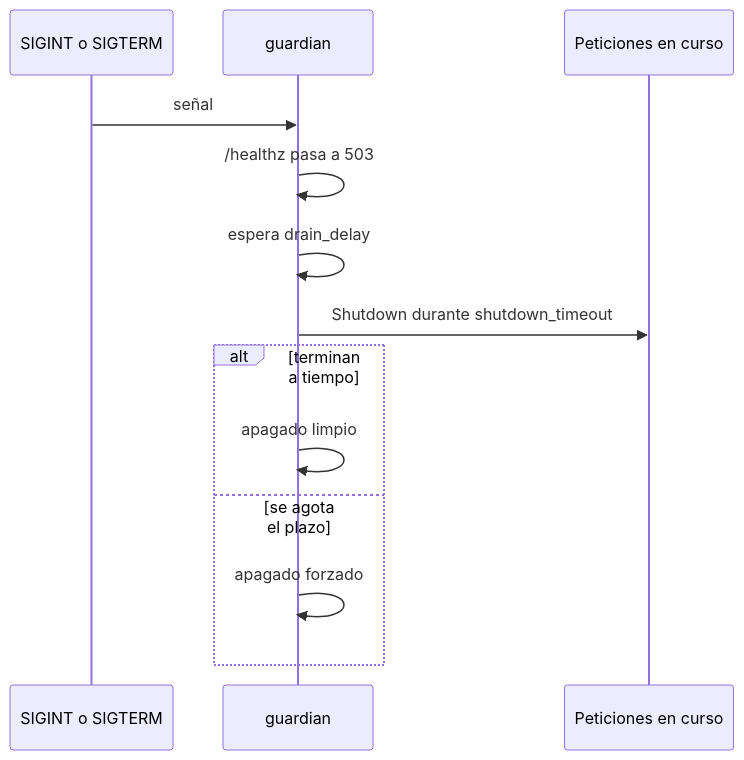
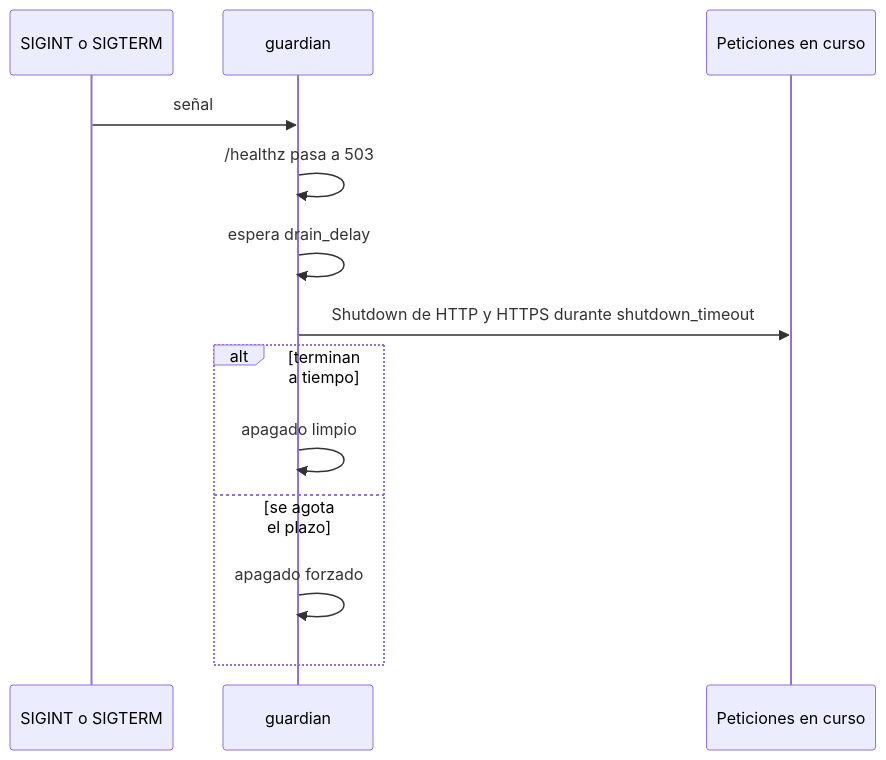
One commit to fharias/guardian-scrapy changed the seventh of 7 diagrams in README.md. Above: the diagram before and after it, drawn with Mermaid. The commit also changed other lines of this file, not shown here.

Commit message:
Update README to include HTTPS support and ClientHello logging details

````diff
--- a/README.md
+++ b/README.md
@@ -364,16 +383,16 @@
 ```mermaid
 sequenceDiagram
   participant SO as SIGINT o SIGTERM
   participant G as guardian
   participant C as Peticiones en curso
 
   SO->>G: señal
   G->>G: /healthz pasa a 503
   G->>G: espera drain_delay
-  G->>C: Shutdown durante shutdown_timeout
+  G->>C: Shutdown de HTTP y HTTPS durante shutdown_timeout
   alt terminan a tiempo
     G->>G: apagado limpio
   else se agota el plazo
     G->>G: apagado forzado
   end
 ```
````
